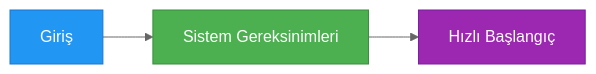
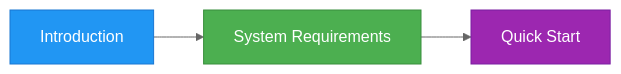
Before and after one commit to stackvo/stackvo: the diagram in docs/en/started/index.md, drawn with Mermaid (neutral theme). The commit also changed other lines of this file and 63 other files, not shown here.

````diff
--- a/docs/en/started/index.md
+++ b/docs/en/started/index.md
@@ -48,9 +48,9 @@
 ```mermaid
 graph LR
-    A[Giriş] --> B[Sistem Gereksinimleri]
-    B --> C[Hızlı Başlangıç]
+    A[Introduction] --> B[System Requirements]
+    B --> C[Quick Start]
     
     style A fill:#2196F3,stroke:#1976D2,color:#fff
     style B fill:#4CAF50,stroke:#388E3C,color:#fff
     style C fill:#9C27B0,stroke:#7B1FA2,color:#fff
 ```
````
